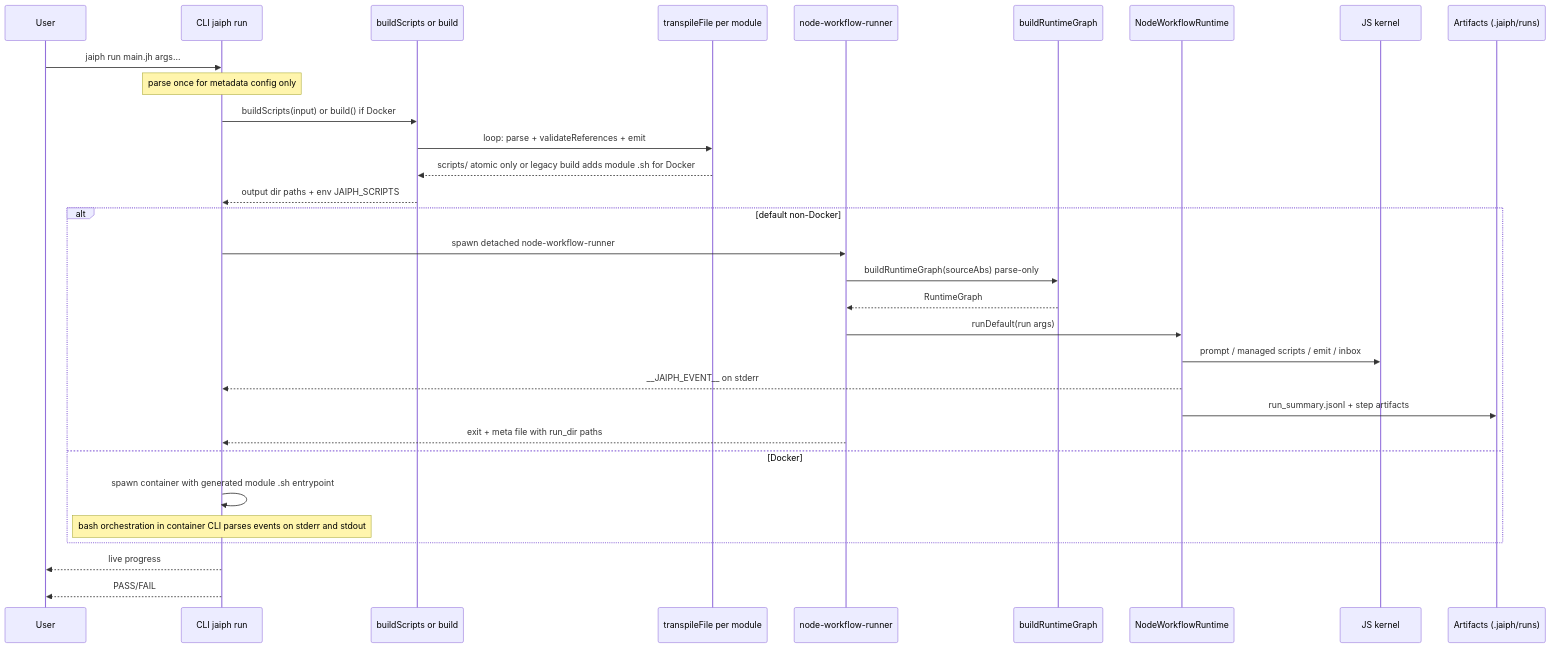
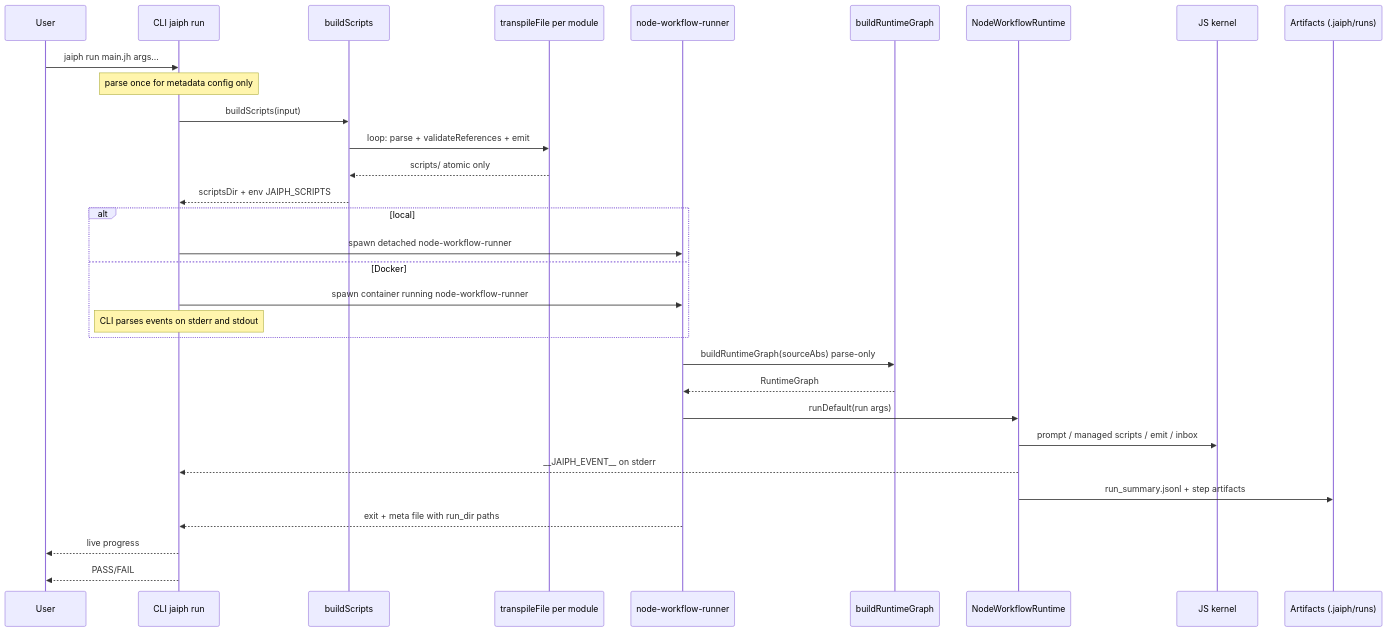
One commit to jaiphlang/jaiph changed the second of 3 diagrams in ARCHITECTURE.md. Above: the diagram before and after it, drawn with Mermaid. The commit also changed other lines of this file and 9 other files, not shown here.

First line of the commit message:
Port Docker execution to Node workflow runtime

````diff
--- a/ARCHITECTURE.md
+++ b/ARCHITECTURE.md
@@ -149,34 +151,34 @@
 ```mermaid
 sequenceDiagram
     participant User
     participant CLI as CLI jaiph run
-    participant Prep as buildScripts or build
+    participant Prep as buildScripts
     participant TF as transpileFile per module
     participant Runner as node-workflow-runner
     participant Graph as buildRuntimeGraph
     participant Runtime as NodeWorkflowRuntime
     participant Kernel as JS kernel
     participant Report as Artifacts (.jaiph/runs)
 
     User->>CLI: jaiph run main.jh args...
     Note over CLI: parse once for metadata config only
-    CLI->>Prep: buildScripts(input) or build() if Docker
+    CLI->>Prep: buildScripts(input)
     Prep->>TF: loop: parse + validateReferences + emit
-    TF-->>Prep: scripts/ atomic only or legacy build adds module .sh for Docker
-    Prep-->>CLI: output dir paths + env JAIPH_SCRIPTS
-    alt default non-Docker
+    TF-->>Prep: scripts/ atomic only
+    Prep-->>CLI: scriptsDir + env JAIPH_SCRIPTS
+    alt local
         CLI->>Runner: spawn detached node-workflow-runner
-        Runner->>Graph: buildRuntimeGraph(sourceAbs) parse-only
-        Graph-->>Runner: RuntimeGraph
-        Runner->>Runtime: runDefault(run args)
-        Runtime->>Kernel: prompt / managed scripts / emit / inbox
-        Runtime-->>CLI: __JAIPH_EVENT__ on stderr
-        Runtime->>Report: run_summary.jsonl + step artifacts
-        Runner-->>CLI: exit + meta file with run_dir paths
     else Docker
-        CLI->>CLI: spawn container with generated module .sh entrypoint
-        Note over CLI: bash orchestration in container CLI parses events on stderr and stdout
+        CLI->>Runner: spawn container running node-workflow-runner
+        Note over CLI: CLI parses events on stderr and stdout
     end
+    Runner->>Graph: buildRuntimeGraph(sourceAbs) parse-only
+    Graph-->>Runner: RuntimeGraph
+    Runner->>Runtime: runDefault(run args)
+    Runtime->>Kernel: prompt / managed scripts / emit / inbox
+    Runtime-->>CLI: __JAIPH_EVENT__ on stderr
+    Runtime->>Report: run_summary.jsonl + step artifacts
+    Runner-->>CLI: exit + meta file with run_dir paths
     CLI-->>User: live progress
     CLI-->>User: PASS/FAIL
 ```
````
